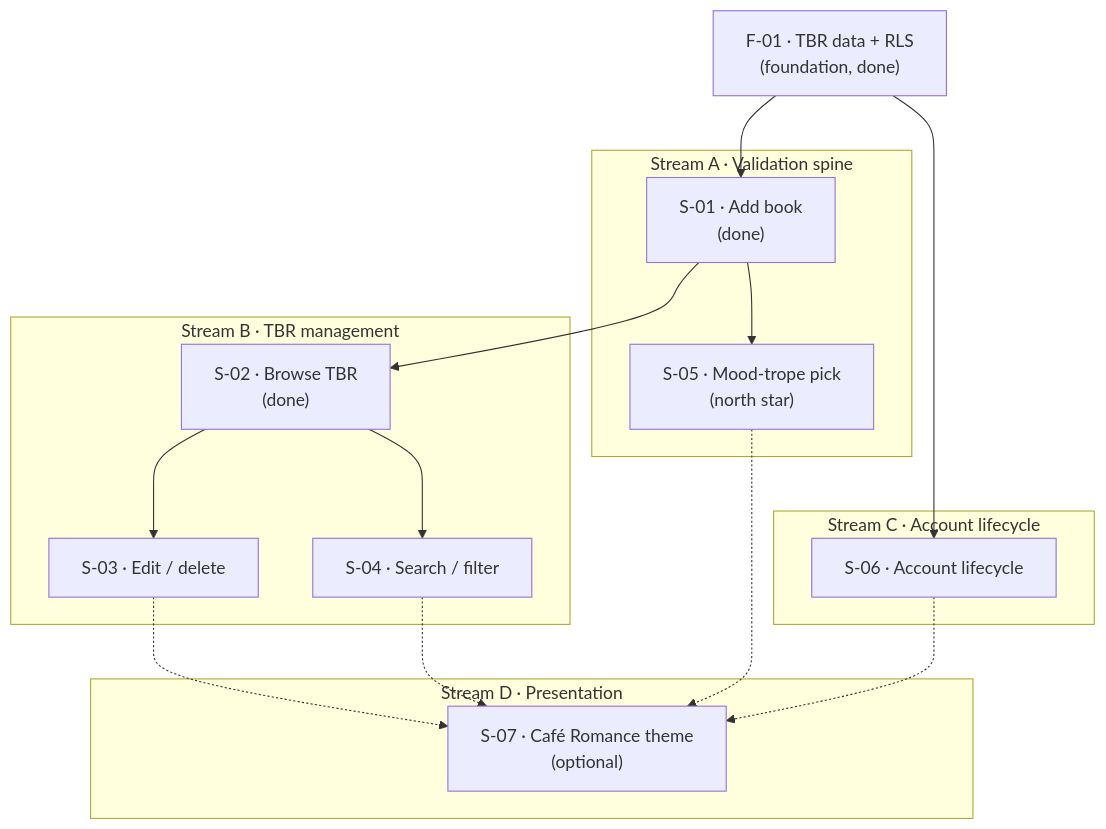
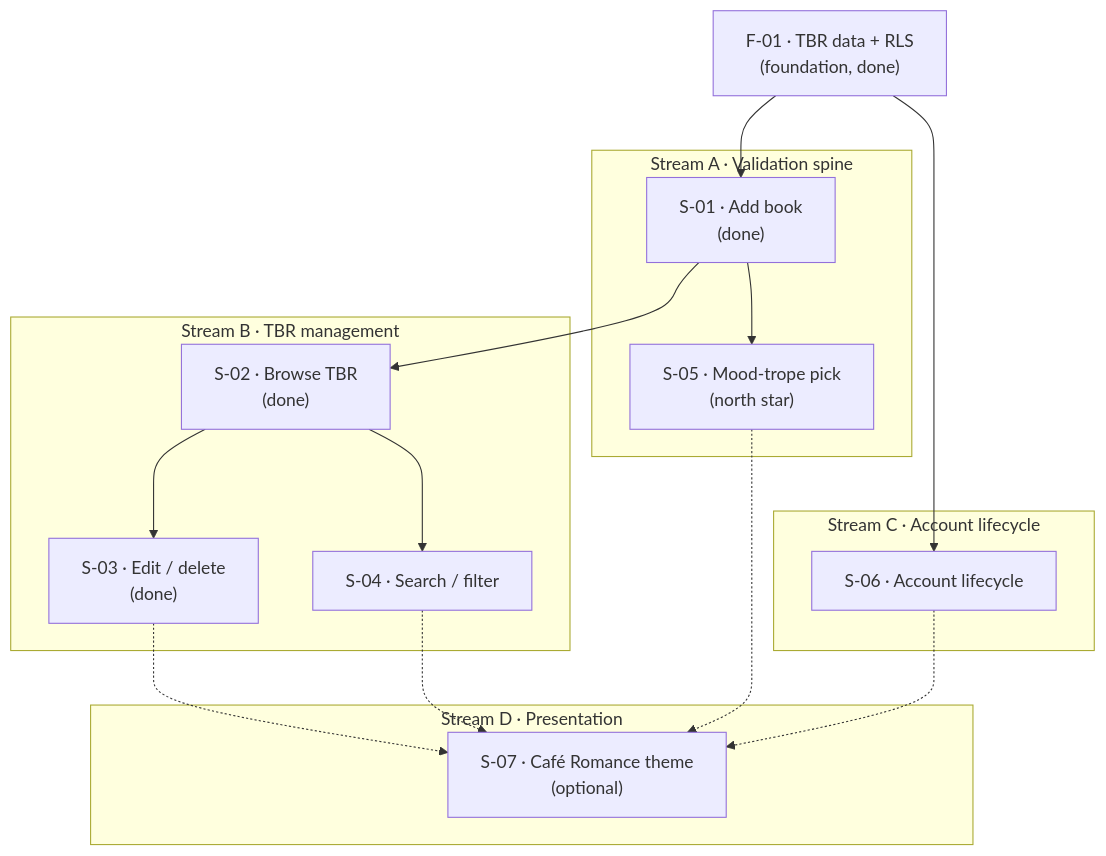
The diagram in context/foundation/roadmap.md (passiflora-nr/smart-tbr), drawn with Mermaid before and after one commit. The commit also changed other lines of this file and 5 other files, not shown here.

````diff
--- a/context/foundation/roadmap.md
+++ b/context/foundation/roadmap.md
@@ -58,34 +58,34 @@
 ```mermaid
 flowchart TB
   F01["F-01 · TBR data + RLS<br/>(foundation, done)"]
 
   subgraph A["Stream A · Validation spine"]
     S01["S-01 · Add book<br/>(done)"]
     S05["S-05 · Mood-trope pick<br/>(north star)"]
   end
 
   subgraph B["Stream B · TBR management"]
     S02["S-02 · Browse TBR<br/>(done)"]
-    S03["S-03 · Edit / delete"]
+    S03["S-03 · Edit / delete<br/>(done)"]
     S04["S-04 · Search / filter"]
   end
 
   subgraph C["Stream C · Account lifecycle"]
     S06["S-06 · Account lifecycle"]
   end
 
   subgraph D["Stream D · Presentation"]
     S07["S-07 · Café Romance theme<br/>(optional)"]
   end
 
   F01 --> S01
   F01 --> S06
   S01 --> S05
   S01 --> S02
   S02 --> S03
   S02 --> S04
   S03 -.-> S07
   S04 -.-> S07
   S05 -.-> S07
   S06 -.-> S07
 ```
````
